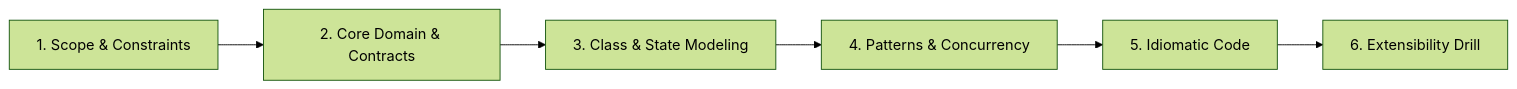
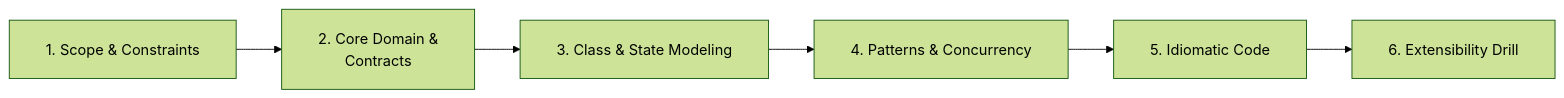
One commit to dip4k/DSA_102 changed the diagram in .agents/rules/lld-methodology.md. Above: the diagram before and after it, drawn with Mermaid (forest theme). The commit also changed 108 other files, not shown here.

First line of the commit message:
fix(mermaid): resolve diagram clipping, padding, and syntax issues across repo

````diff
--- a/.agents/rules/lld-methodology.md
+++ b/.agents/rules/lld-methodology.md
@@ -11,8 +11,9 @@
 ```mermaid
+%%{init: {"flowchart": {"htmlLabels": true, "padding": 20}}}%%
 flowchart LR
-    P1["1. Scope & Constraints"] --> P2["2. Core Domain & Contracts"]
+    P1["1. Scope & Constraints"] --> P2["2. Core Domain &<br/>Contracts"]
     P2 --> P3["3. Class & State Modeling"]
     P3 --> P4["4. Patterns & Concurrency"]
     P4 --> P5["5. Idiomatic Code"]
     P5 --> P6["6. Extensibility Drill"]
 ```
````
